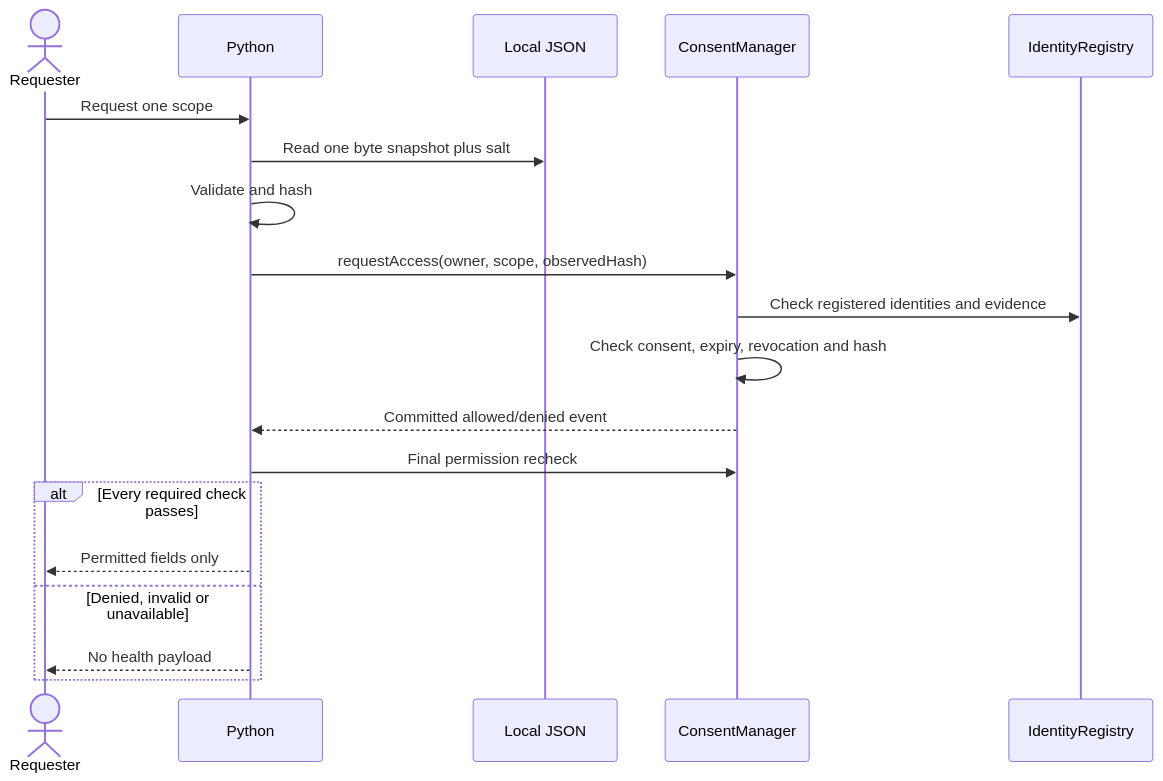
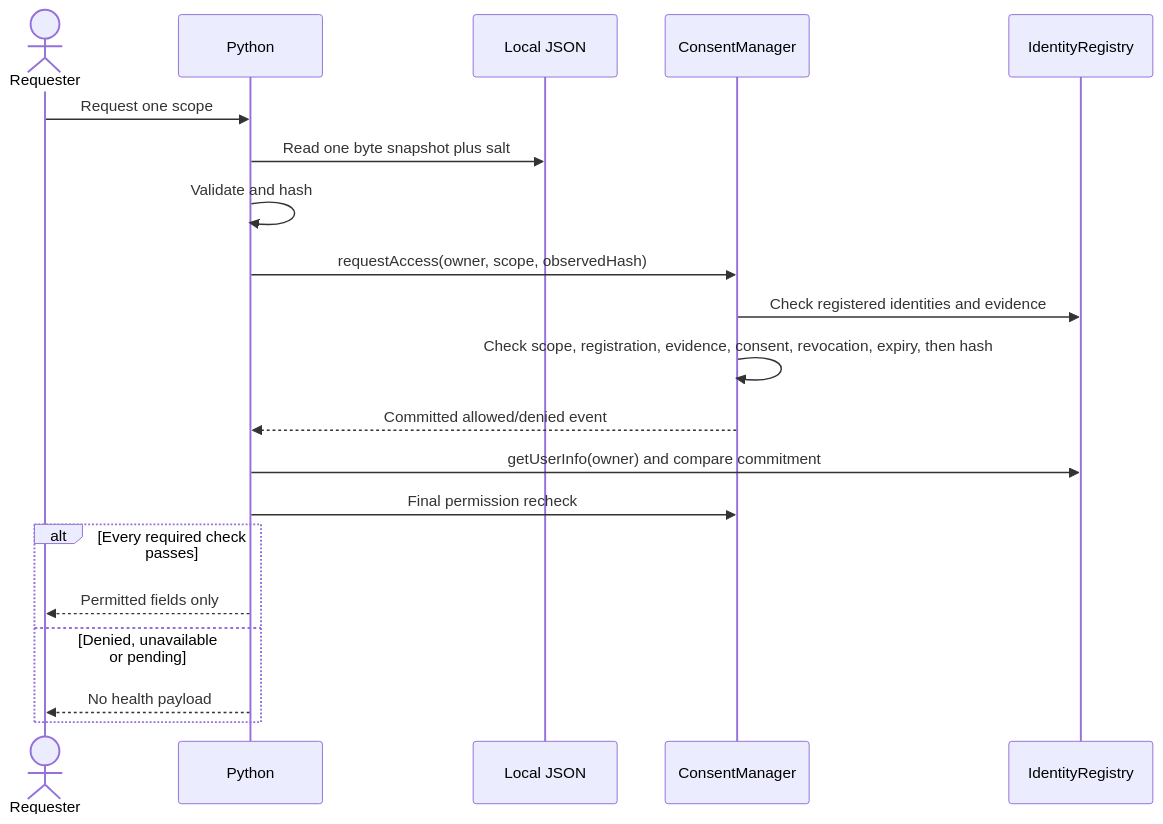
One commit to Rasto712/blockchains_vaccination_project changed the second of 2 diagrams in docs/ARCHITECTURE.md. Above: the diagram before and after it, drawn with Mermaid. The commit also changed other lines of this file and 38 other files, not shown here.

````diff
--- a/docs/ARCHITECTURE.md
+++ b/docs/ARCHITECTURE.md
@@ -26,21 +26,22 @@
 ```mermaid
 sequenceDiagram
     actor Requester
     participant Python
     participant JSON as Local JSON
     participant Manager as ConsentManager
     participant Registry as IdentityRegistry
     Requester->>Python: Request one scope
     Python->>JSON: Read one byte snapshot plus salt
     Python->>Python: Validate and hash
     Python->>Manager: requestAccess(owner, scope, observedHash)
     Manager->>Registry: Check registered identities and evidence
-    Manager->>Manager: Check consent, expiry, revocation and hash
+    Manager->>Manager: Check scope, registration, evidence, consent, revocation, expiry, then hash
     Manager-->>Python: Committed allowed/denied event
+    Python->>Registry: getUserInfo(owner) and compare commitment
     Python->>Manager: Final permission recheck
     alt Every required check passes
         Python-->>Requester: Permitted fields only
-    else Denied, invalid or unavailable
+    else Denied, unavailable or pending
         Python-->>Requester: No health payload
     end
 ```
````
